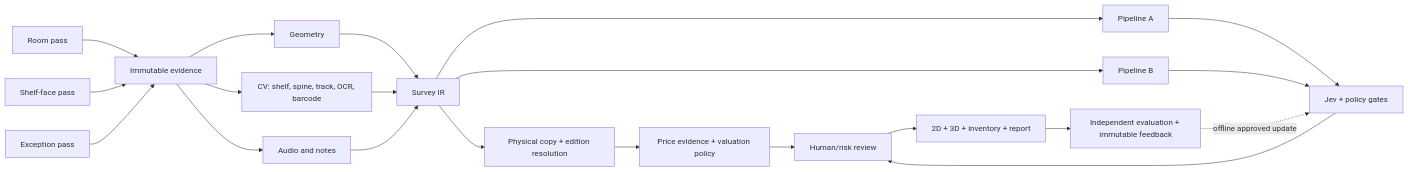
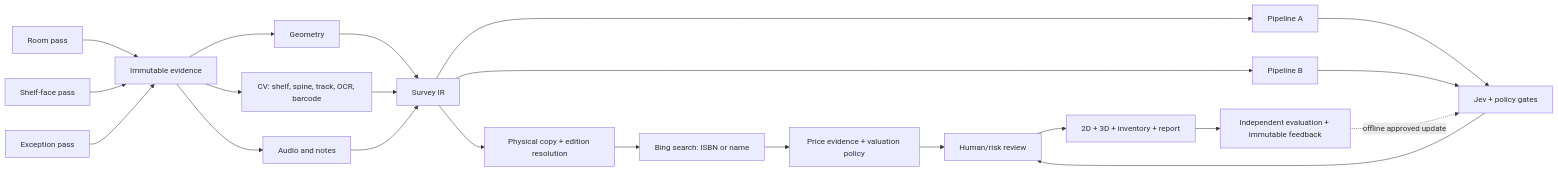
One commit to harshsinha-12/library-estimate changed the eighth of 8 diagrams in FINAL-PLAN.md. Above: the diagram before and after it, drawn with Mermaid. The commit also changed other lines of this file, not shown here.

Commit message:
Refine FINAL-PLAN.md with detailed comparisons of model pipelines, explicit capture methods, and structured scope adjustments. Clarify deviations from initial requirements and emphasize the use of Bing search for price discovery, alongside a staged RL loop for model training.

````diff
--- a/FINAL-PLAN.md
+++ b/FINAL-PLAN.md
@@ -1009,23 +1351,24 @@
 ```mermaid
 flowchart LR
   A["Room pass"] --> E["Immutable evidence"]
   B["Shelf-face pass"] --> E
   C["Exception pass"] --> E
   E --> G["Geometry"]
   E --> V["CV: shelf, spine, track, OCR, barcode"]
   E --> N["Audio and notes"]
   G --> IR["Survey IR"]
   V --> IR
   N --> IR
   IR --> ID["Physical copy + edition resolution"]
-  ID --> PR["Price evidence + valuation policy"]
+  ID --> BING["Bing search: ISBN or name"]
+  BING --> PR["Price evidence + valuation policy"]
   IR --> MA["Pipeline A"]
   IR --> MB["Pipeline B"]
   MA --> J["Jev + policy gates"]
   MB --> J
   PR --> H["Human/risk review"]
   J --> H
   H --> O["2D + 3D + inventory + report"]
   O --> EV["Independent evaluation + immutable feedback"]
   EV -.->|offline approved update| J
 ```
````
